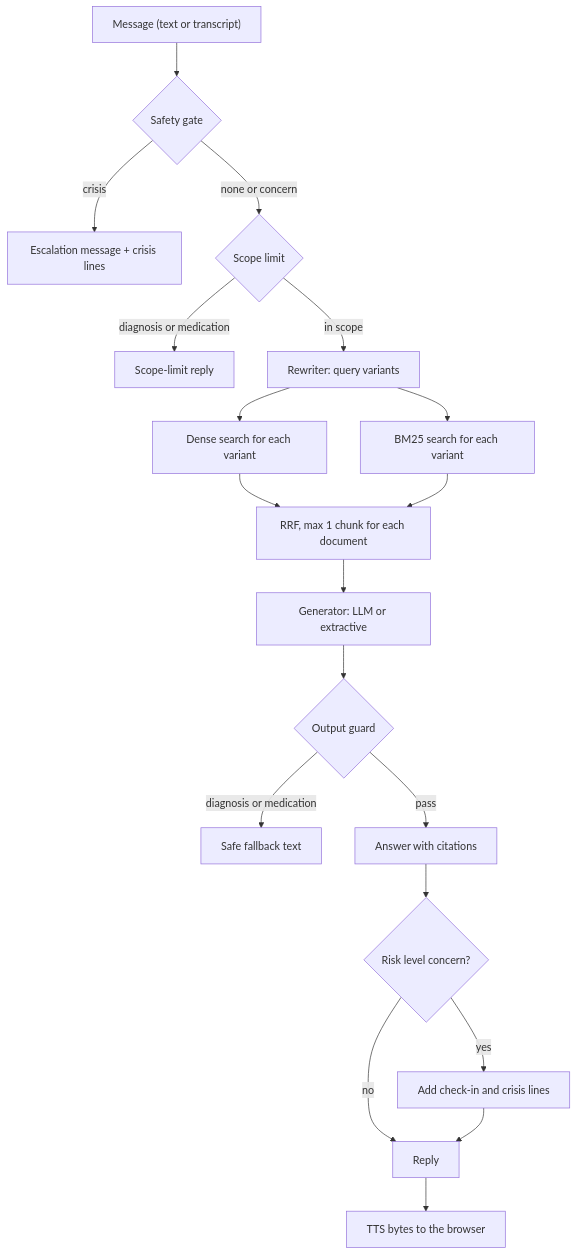
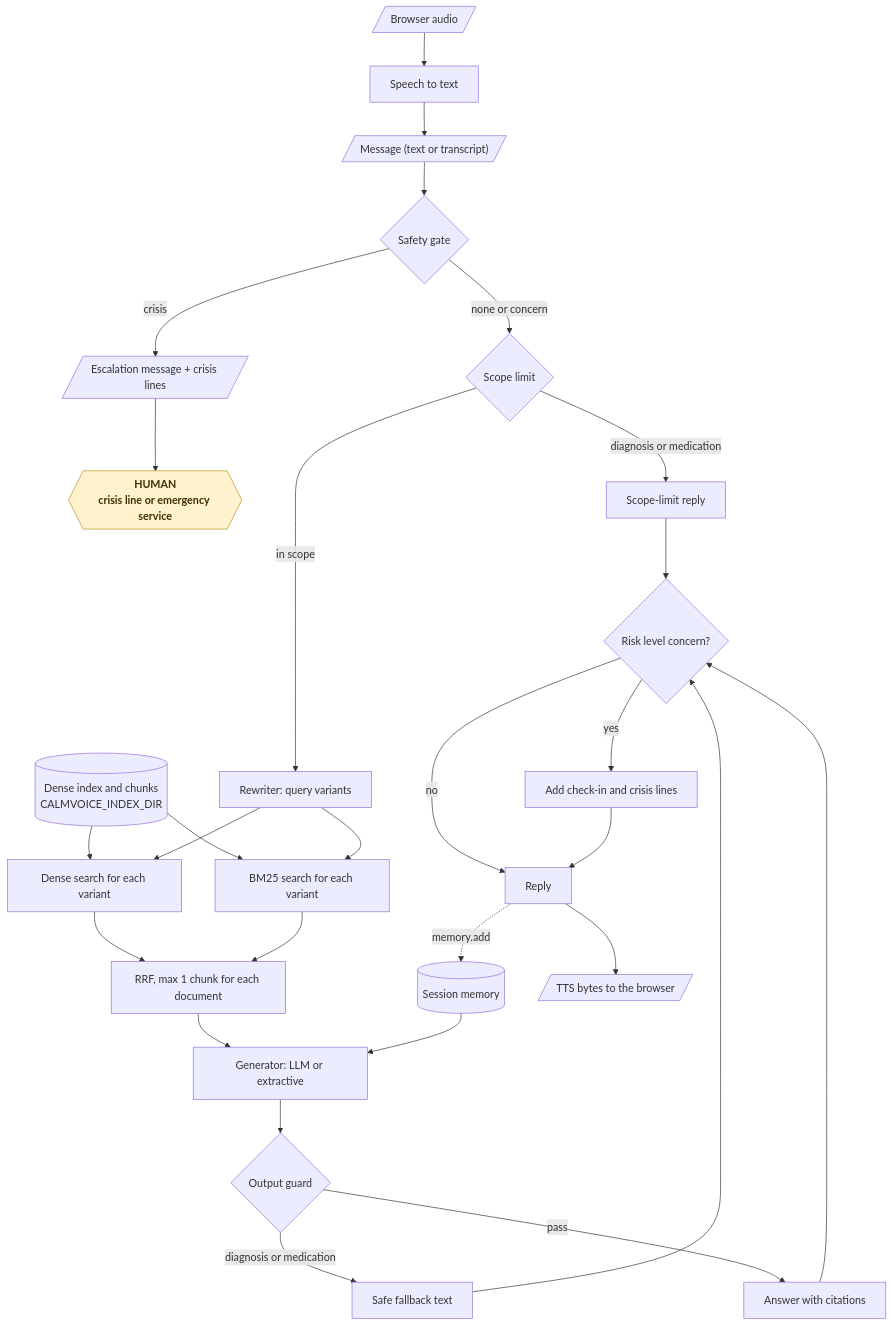
The fourth of 17 diagrams in README.md (KrishnaAnnavaram/calmvoice), drawn with Mermaid before and after one commit.

Commit message:
Redraw the full flow diagram in the standard style

````diff
--- a/README.md
+++ b/README.md
@@ -282,21 +282,33 @@
 ```mermaid
-flowchart TB
-    M["Message (text or transcript)"] --> G{"Safety gate"}
-    G -- "crisis" --> E["Escalation message + crisis lines"]
+flowchart TD
+    MIC[/"Browser audio"/] --> STT["Speech to text"]
+    STT --> M
+    M[/"Message (text or transcript)"/] --> G{"Safety gate"}
+    G -- "crisis" --> E[/"Escalation message + crisis lines"/]
+    E --> HUMAN{{"HUMAN<br/>crisis line or emergency service"}}
     G -- "none or concern" --> S{"Scope limit"}
     S -- "diagnosis or medication" --> RF["Scope-limit reply"]
     S -- "in scope" --> RW["Rewriter: query variants"]
+    IDX[("Dense index and chunks<br/>CALMVOICE_INDEX_DIR")] --> DN
+    IDX --> BM
     RW --> DN["Dense search for each variant"]
     RW --> BM["BM25 search for each variant"]
     DN --> F["RRF, max 1 chunk for each document"]
     BM --> F
     F --> GEN["Generator: LLM or extractive"]
+    MEM[("Session memory")] --> GEN
     GEN --> OG{"Output guard"}
     OG -- "diagnosis or medication" --> BL["Safe fallback text"]
     OG -- "pass" --> A["Answer with citations"]
+    RF --> C
+    BL --> C
     A --> C{"Risk level concern?"}
     C -- "yes" --> CA["Add check-in and crisis lines"]
     C -- "no" --> R["Reply"]
     CA --> R
-    R --> T["TTS bytes to the browser"]
+    R -.->|"memory.add"| MEM
+    R --> T[/"TTS bytes to the browser"/]
+
+    classDef human fill:#fff3cd,stroke:#b8901f,color:#3d2f00,font-weight:bold
+    class HUMAN human
 ```
````
